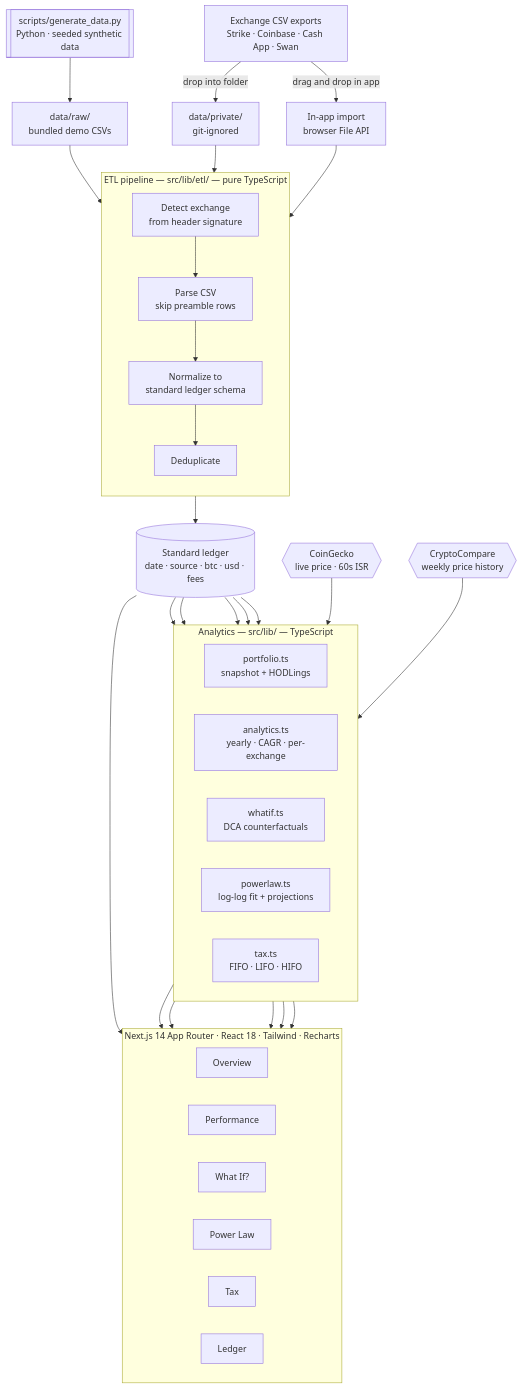
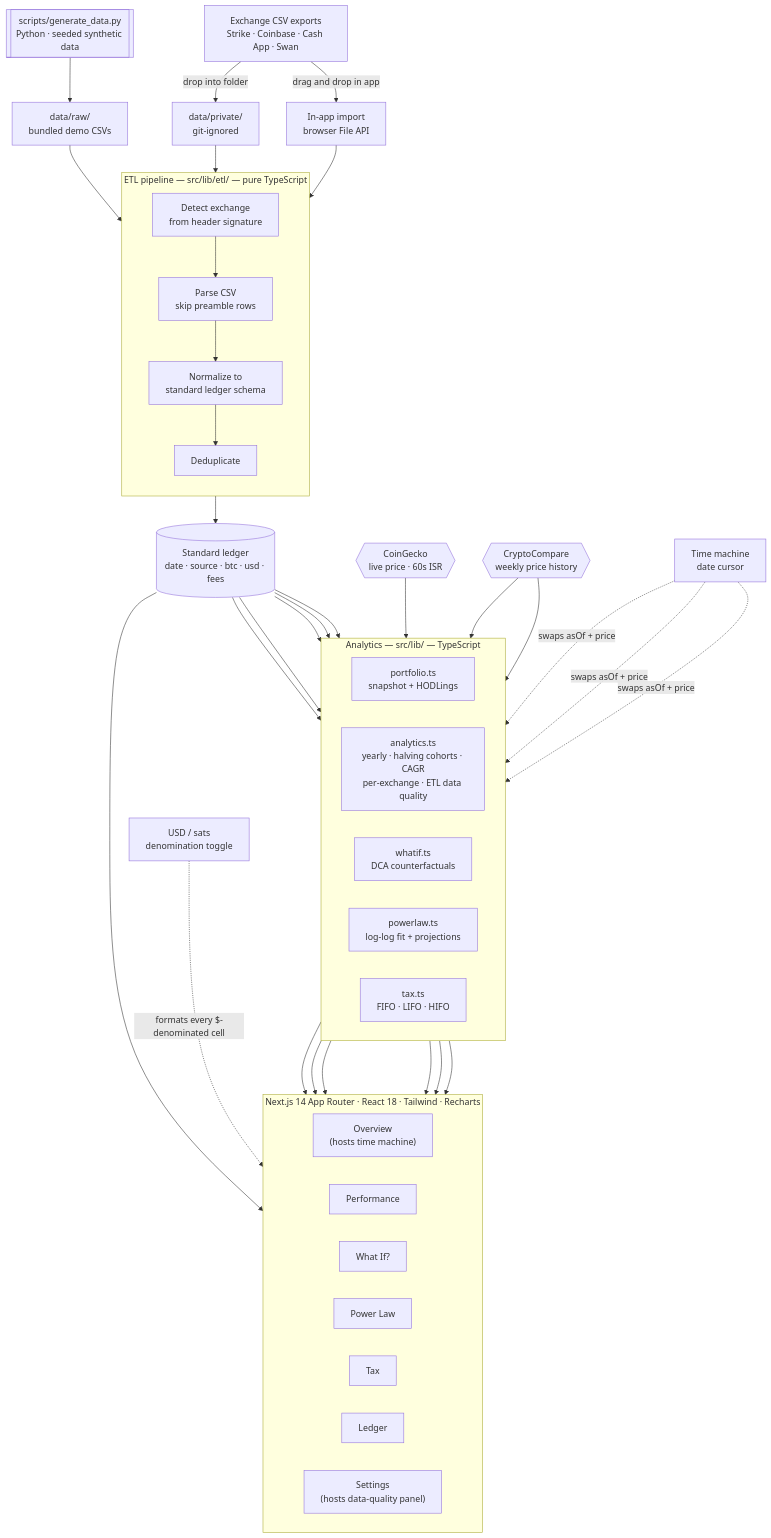
The diagram in README.md (ellokojavi/sats-stacker), drawn with Mermaid before and after one commit. The commit also changed other lines of this file and 18 other files, not shown here.

First line of the commit message:
feat(phase-6): time machine, halving cohorts, USD/sats toggle, ETL data-quality panel

````diff
--- a/README.md
+++ b/README.md
@@ -38,62 +38,72 @@
 ```mermaid
 flowchart TD
     EX["Exchange CSV exports<br/>Strike · Coinbase · Cash App · Swan"]
     GEN[["scripts/generate_data.py<br/>Python · seeded synthetic data"]]
 
     GEN --> RAW["data/raw/<br/>bundled demo CSVs"]
     EX -->|drop into folder| PRIV["data/private/<br/>git-ignored"]
     EX -->|drag and drop in app| IMP["In-app import<br/>browser File API"]
 
     subgraph ETL["ETL pipeline — src/lib/etl/ — pure TypeScript"]
         direction TB
         DETECT["Detect exchange<br/>from header signature"]
         PARSE["Parse CSV<br/>skip preamble rows"]
         NORM["Normalize to<br/>standard ledger schema"]
         DEDUP["Deduplicate"]
         DETECT --> PARSE --> NORM --> DEDUP
     end
 
     RAW --> DETECT
     PRIV --> DETECT
     IMP --> DETECT
 
     LEDGER[("Standard ledger<br/>date · source · btc · usd · fees")]
     DEDUP --> LEDGER
 
     subgraph LIB["Analytics — src/lib/ — TypeScript"]
         direction LR
         PORT["portfolio.ts<br/>snapshot + HODLings"]
-        ANAL["analytics.ts<br/>yearly · CAGR · per-exchange"]
+        ANAL["analytics.ts<br/>yearly · halving cohorts · CAGR<br/>per-exchange · ETL data quality"]
         WHAT["whatif.ts<br/>DCA counterfactuals"]
         PL["powerlaw.ts<br/>log-log fit + projections"]
         TAX["tax.ts<br/>FIFO · LIFO · HIFO"]
     end
 
     LEDGER --> PORT
     LEDGER --> ANAL
     LEDGER --> WHAT
     LEDGER --> PL
     LEDGER --> TAX
 
     CG{{"CoinGecko<br/>live price · 60s ISR"}}
     CC{{"CryptoCompare<br/>weekly price history"}}
     CG --> PORT
     CC --> PL
+    CC --> ANAL
+
+    TM["Time machine<br/>date cursor"]
+    UNIT["USD / sats<br/>denomination toggle"]
+    TM -.swaps asOf + price.-> PORT
+    TM -.swaps asOf + price.-> ANAL
+    TM -.swaps asOf + price.-> TAX
 
     subgraph UI["Next.js 14 App Router · React 18 · Tailwind · Recharts"]
         direction LR
-        T1["Overview"]
+        T1["Overview<br/>(hosts time machine)"]
         T2["Performance"]
         T3["What If?"]
         T4["Power Law"]
         T5["Tax"]
         T6["Ledger"]
+        T7["Settings<br/>(hosts data-quality panel)"]
     end
 
     PORT --> T1
     ANAL --> T2
     WHAT --> T3
     PL --> T4
     TAX --> T5
     LEDGER --> T6
+    ANAL --> T7
+    UNIT -.formats every $-denominated cell.-> UI
 ```
````
